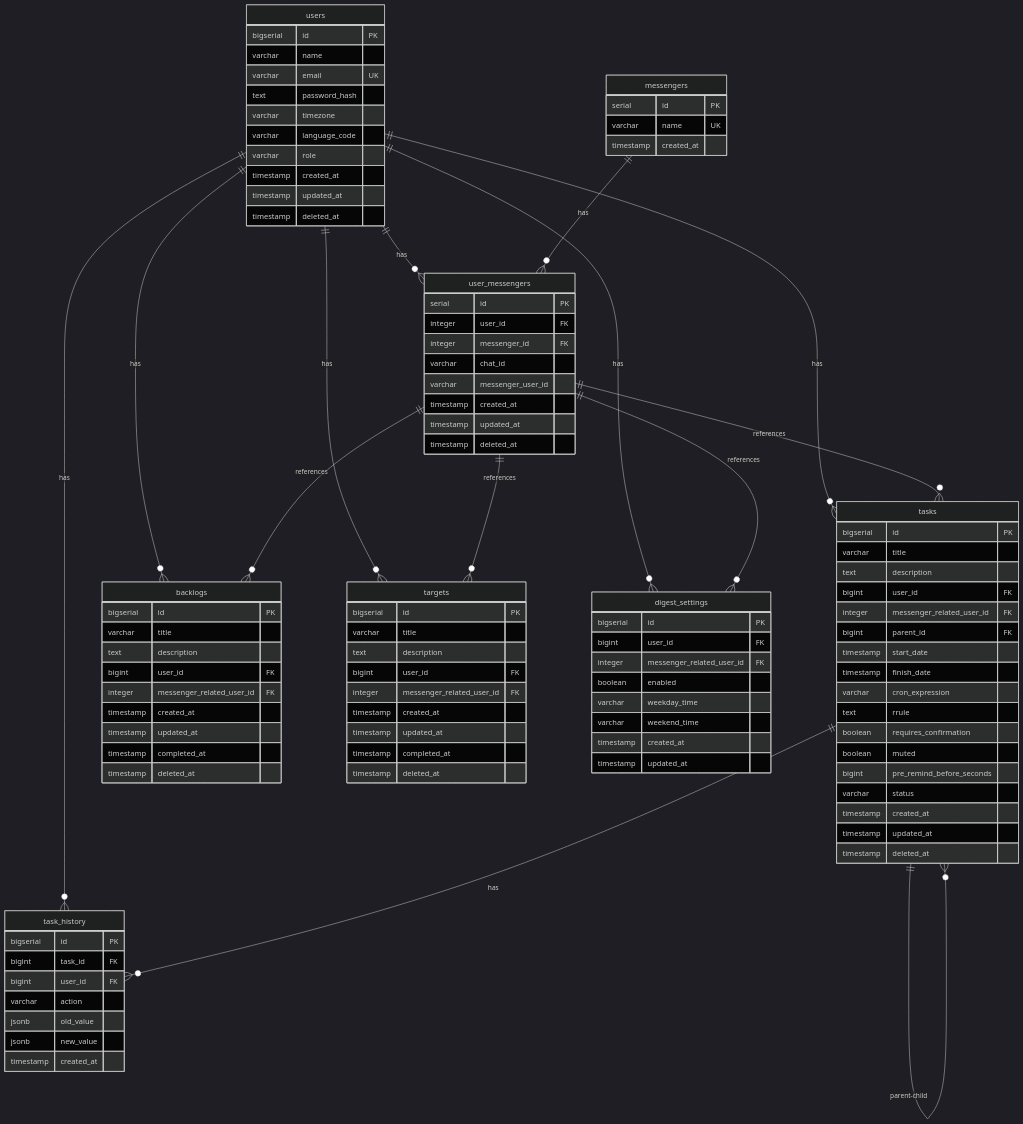
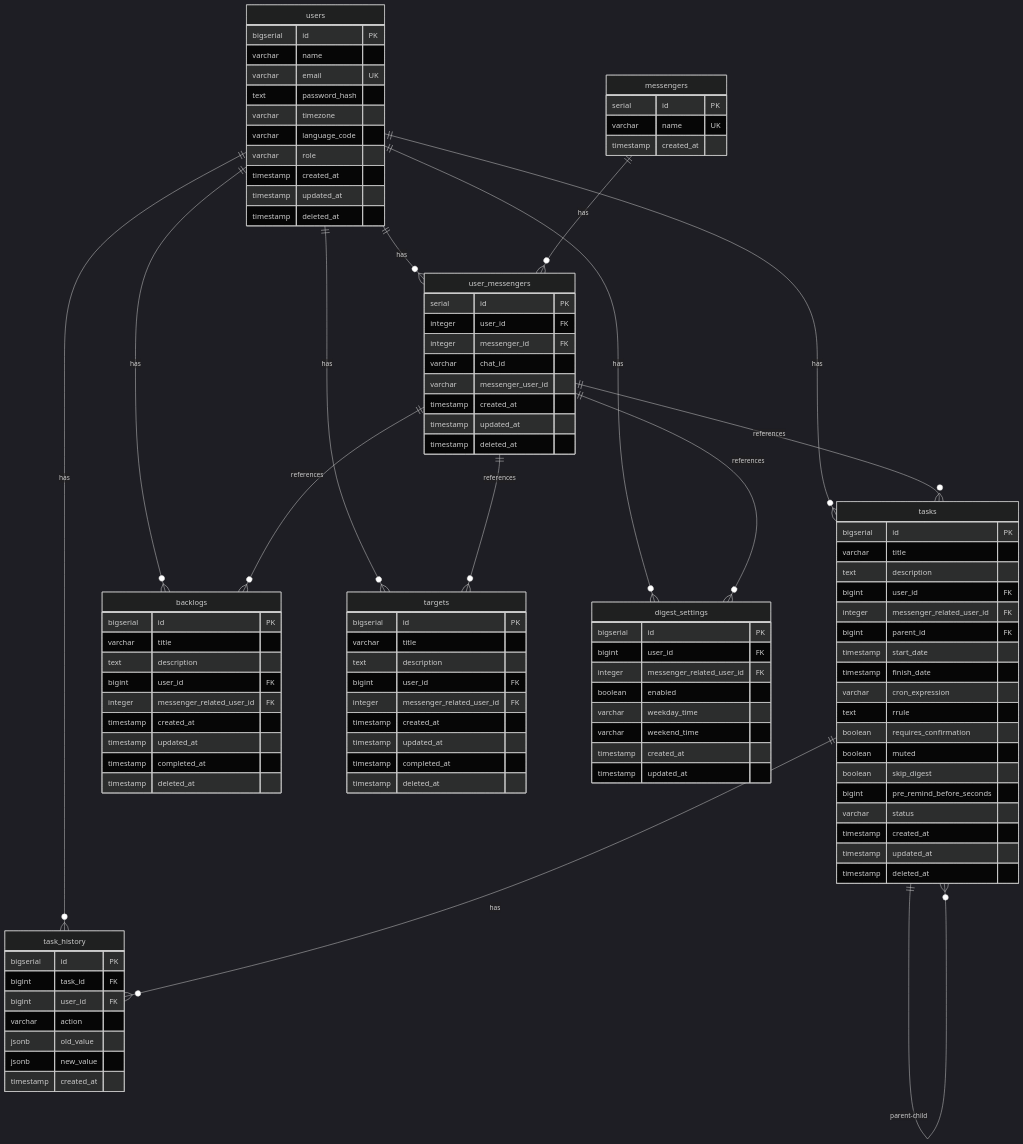
The diagram in README.md (boskuv/goreminder), drawn with Mermaid (dark theme) before and after one commit. The commit also changed other lines of this file and 1 other file, not shown here.

```diff
--- a/README.md
+++ b/README.md
@@ -172,6 +172,7 @@
         text rrule
         boolean requires_confirmation
         boolean muted
+        boolean skip_digest
         bigint pre_remind_before_seconds
         varchar status
         timestamp created_at
```
